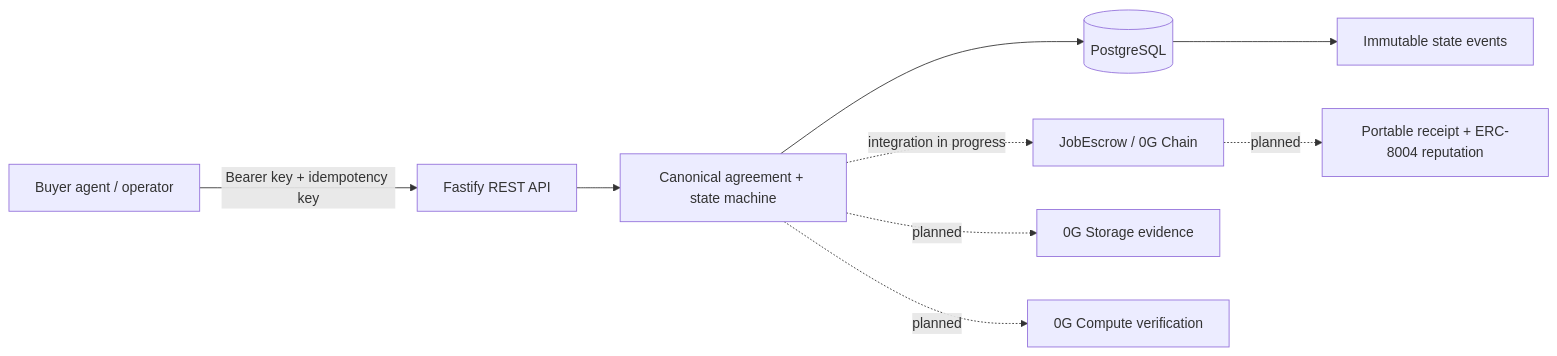
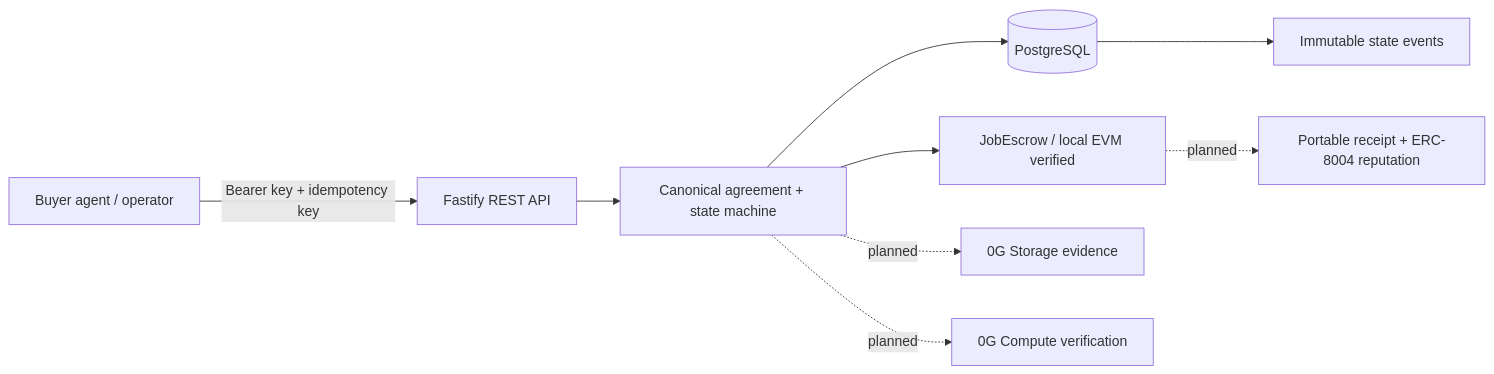
Before and after one commit to anikeaty08/AgentClear: the diagram in README.md, drawn with Mermaid. The commit also changed other lines of this file and 32 other files, not shown here.

Commit message:
feat: fund escrow through durable REST flow

````diff
--- a/README.md
+++ b/README.md
@@ -7,11 +7,11 @@
 ```mermaid
 flowchart LR
   Client[Buyer agent / operator] -->|Bearer key + idempotency key| API[Fastify REST API]
   API --> Domain[Canonical agreement + state machine]
   Domain --> DB[(PostgreSQL)]
   DB --> Events[Immutable state events]
-  Domain -. integration in progress .-> Chain[JobEscrow / 0G Chain]
+  Domain --> Chain[JobEscrow / local EVM verified]
   Domain -. planned .-> Storage[0G Storage evidence]
   Domain -. planned .-> Compute[0G Compute verification]
   Chain -. planned .-> Receipt[Portable receipt + ERC-8004 reputation]
 ```
````
